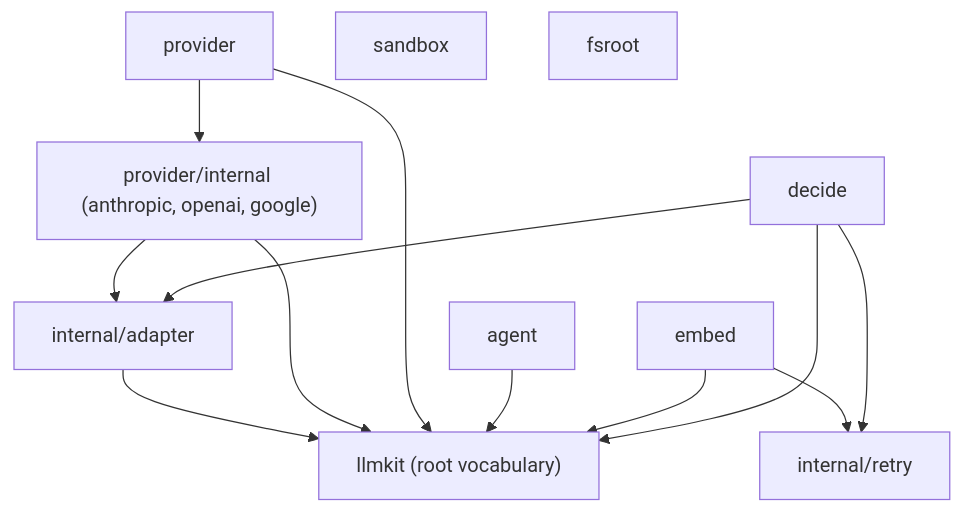
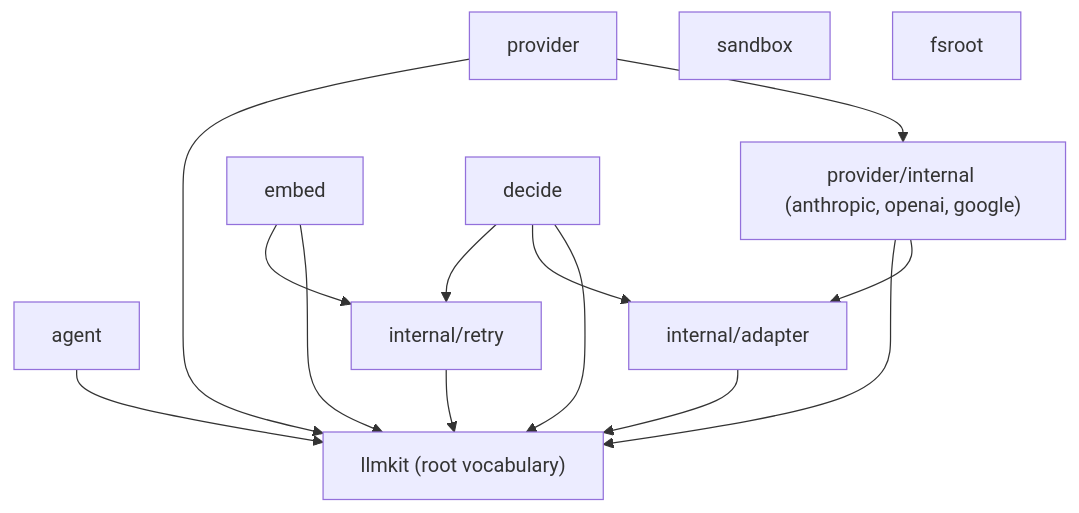
The diagram in docs/design.md (dpoage/llmkit), drawn with Mermaid before and after one commit. The commit also changed other lines of this file, not shown here.

Commit message:
decide: docs fix — add RETRY -> ROOT edge and prose clause to layering (llmkit-6tp.3)

````diff
--- a/docs/design.md
+++ b/docs/design.md
@@ -12,17 +12,18 @@
 ```mermaid
 flowchart TD
     AGENT["agent"]
     PROV["provider"] --> ADAPTERS["provider/internal (anthropic, openai, google)"]
     ADAPTERS --> IA["internal/adapter"]
     IA --> ROOT["llmkit (root vocabulary)"]
     ADAPTERS --> ROOT
     PROV --> ROOT
     AGENT --> ROOT
     EMBED["embed"] --> ROOT
     EMBED --> RETRY["internal/retry"]
     DECIDE["decide"] --> ROOT
     DECIDE --> IA
     DECIDE --> RETRY
+    RETRY --> ROOT
     SANDBOX["sandbox"]
     FSROOT["fsroot"]
 ```
````
